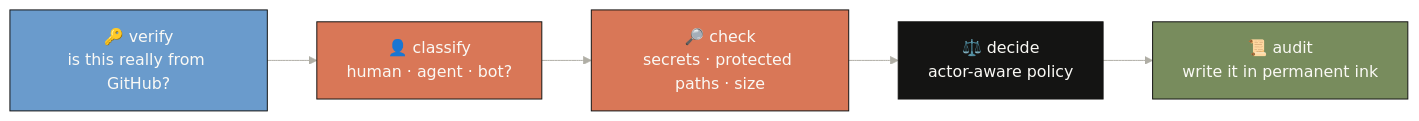
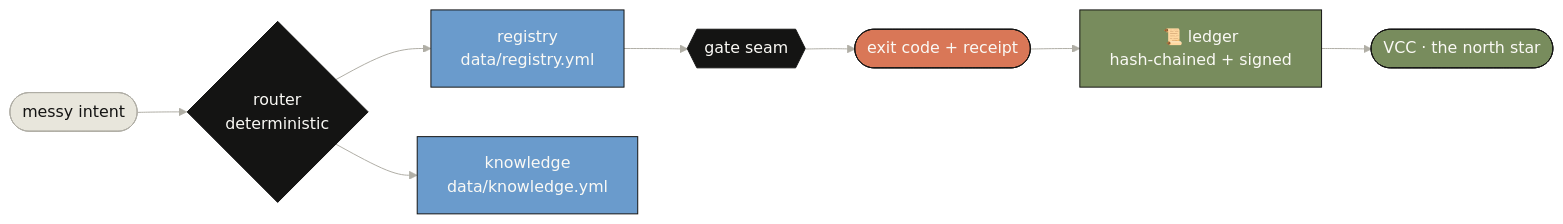
One commit to wjlgatech/secure-anything changed the diagram in README.md. Above: the diagram before and after it, drawn with Mermaid. The commit also changed other lines of this file and 124 other files, not shown here.

````diff
--- a/README.md
+++ b/README.md
@@ -86,17 +50,16 @@
 ```mermaid
 %%{init: {'theme':'base','themeVariables':{'primaryColor':'#e8e6dc','primaryTextColor':'#141413','primaryBorderColor':'#b0aea5','lineColor':'#b0aea5','secondaryColor':'#faf9f5','tertiaryColor':'#faf9f5','fontFamily':'Poppins, ui-sans-serif, system-ui, -apple-system, Arial, sans-serif'}}}%%
 flowchart LR
-    classDef anthroOrange fill:#d97757,color:#faf9f5,stroke:#141413;
-    classDef anthroBlue fill:#6a9bcc,color:#faf9f5,stroke:#141413;
-    classDef anthroGreen fill:#788c5d,color:#faf9f5,stroke:#141413;
-    classDef anthroInk fill:#141413,color:#faf9f5,stroke:#141413;
-    V[🔑 verify<br/>is this really from GitHub?] --> C[👤 classify<br/>human · agent · bot?]
-    C --> K[🔎 check<br/>secrets · protected paths · size]
-    K --> D[⚖️ decide<br/>actor-aware policy]
-    D --> L[📜 audit<br/>write it in permanent ink]
-    class V anthroBlue;
-    class C anthroOrange;
-    class K anthroOrange;
-    class D anthroInk;
-    class L anthroGreen;
+    classDef o fill:#d97757,color:#faf9f5,stroke:#141413;
+    classDef b fill:#6a9bcc,color:#faf9f5,stroke:#141413;
+    classDef g fill:#788c5d,color:#faf9f5,stroke:#141413;
+    classDef k fill:#141413,color:#faf9f5,stroke:#141413;
+    I([messy intent]) --> R{router<br/>deterministic}
+    R --> C[registry<br/>data/registry.yml]
+    R --> N[knowledge<br/>data/knowledge.yml]
+    C --> S{{gate seam}}
+    S --> X([exit code + receipt])
+    X --> L[📜 ledger<br/>hash-chained + signed]
+    L --> V([VCC · the north star])
+    class R k; class S k; class L g; class V g; class C b; class N b; class X o;
 ```
````
